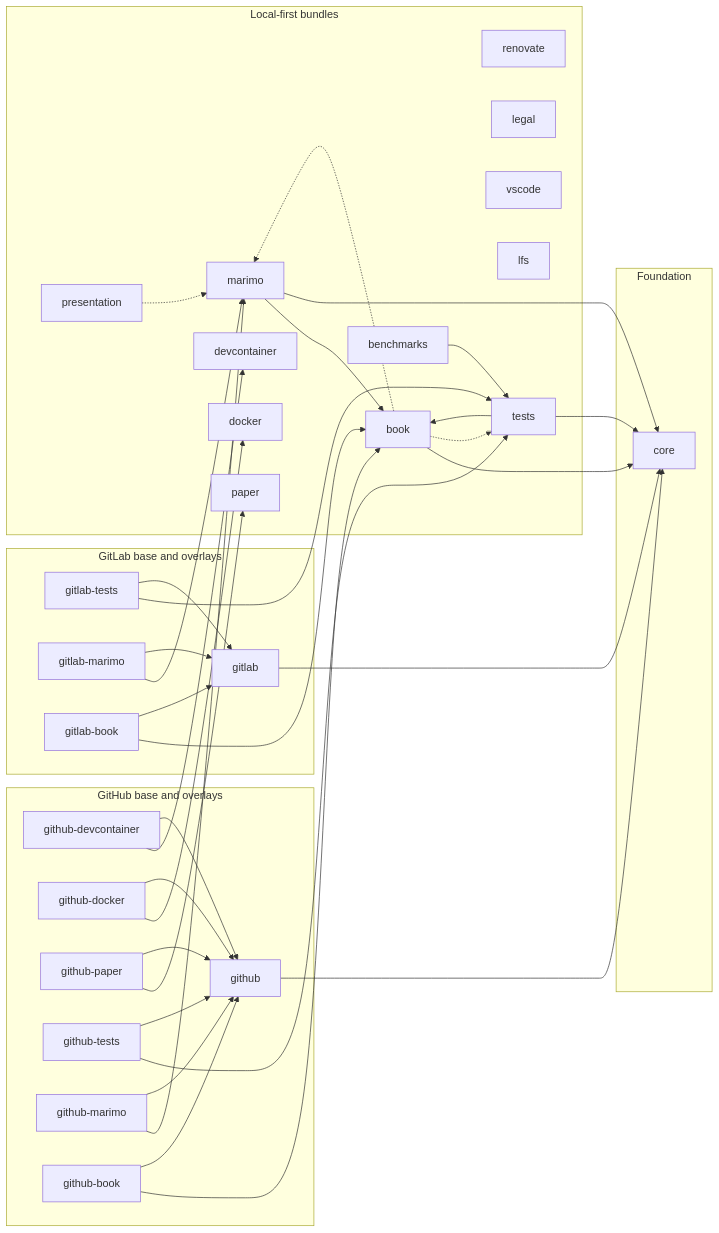
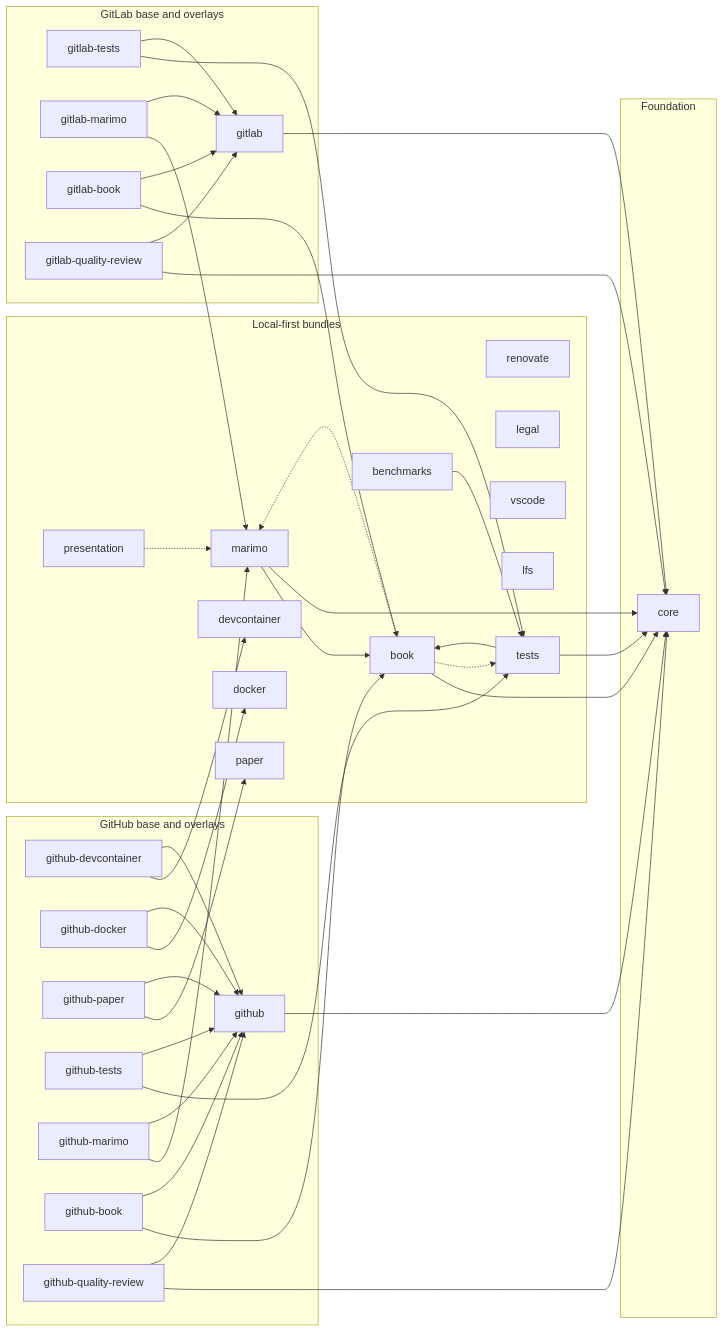
The diagram in docs/reference/GLOSSARY.md (Jebel-Quant/rhiza), drawn with Mermaid before and after one commit. The commit also changed 10 other files, not shown here.

First line of the commit message:
Add opt-in quality-review bundles: advisory Claude design review on PRs/MRs (GitHub + GitLab) (#1376)

````diff
--- a/docs/reference/GLOSSARY.md
+++ b/docs/reference/GLOSSARY.md
@@ -42,68 +42,74 @@
 ```mermaid
 flowchart LR
     subgraph Foundation["Foundation"]
         core["core"]
     end
 
     subgraph Local["Local-first bundles"]
         renovate["renovate"]
         legal["legal"]
         devcontainer["devcontainer"]
         vscode["vscode"]
         docker["docker"]
         lfs["lfs"]
         presentation["presentation"]
         paper["paper"]
         book["book"]
         tests["tests"]
         benchmarks["benchmarks"]
         marimo["marimo"]
     end
 
     subgraph GitHub["GitHub base and overlays"]
         github["github"]
         github_devcontainer["github-devcontainer"]
         github_docker["github-docker"]
         github_paper["github-paper"]
         github_tests["github-tests"]
         github_marimo["github-marimo"]
         github_book["github-book"]
+        github_quality_review["github-quality-review"]
     end
 
     subgraph GitLab["GitLab base and overlays"]
         gitlab["gitlab"]
         gitlab_tests["gitlab-tests"]
         gitlab_marimo["gitlab-marimo"]
         gitlab_book["gitlab-book"]
+        gitlab_quality_review["gitlab-quality-review"]
     end
 
     github --> core
     gitlab --> core
     book --> core
     tests --> book
     tests --> core
     benchmarks --> tests
     marimo --> book
     marimo --> core
     github_devcontainer --> devcontainer
     github_devcontainer --> github
     github_docker --> docker
     github_docker --> github
     github_paper --> paper
     github_paper --> github
     github_tests --> tests
     github_tests --> github
     github_marimo --> marimo
     github_marimo --> github
     github_book --> book
     github_book --> github
+    github_quality_review --> core
+    github_quality_review --> github
     gitlab_tests --> tests
     gitlab_tests --> gitlab
     gitlab_marimo --> marimo
     gitlab_marimo --> gitlab
     gitlab_book --> book
     gitlab_book --> gitlab
+    gitlab_quality_review --> core
+    gitlab_quality_review --> gitlab
     presentation -.-> marimo
     book -.-> tests
     book -.-> marimo
 ```
````
